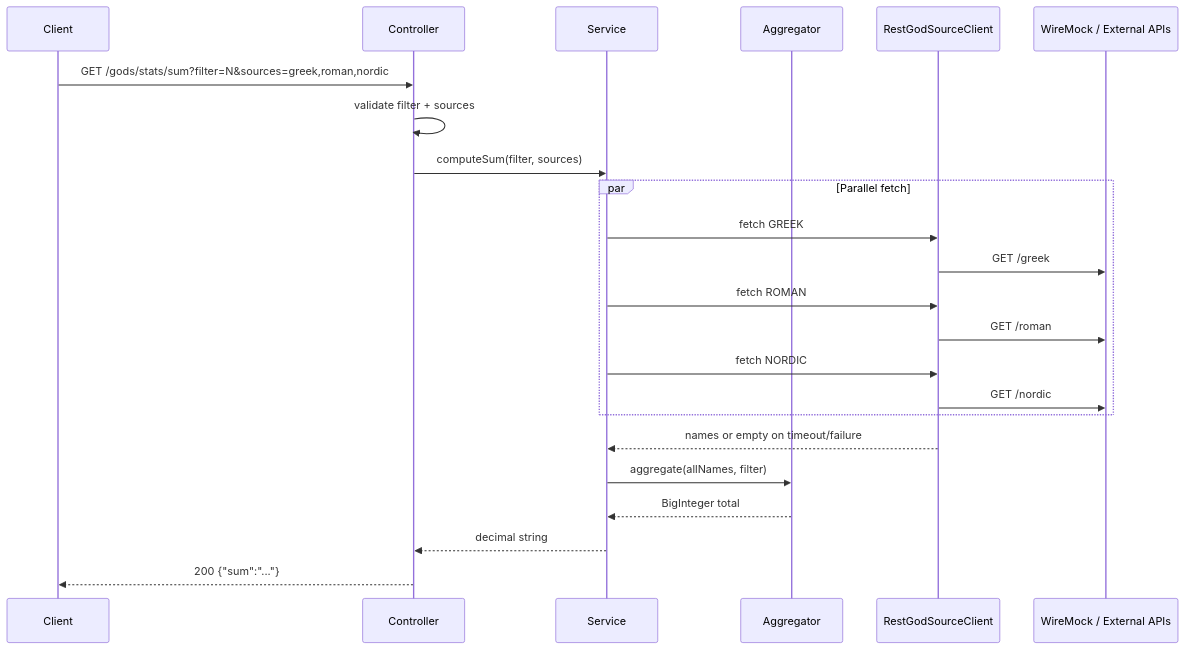
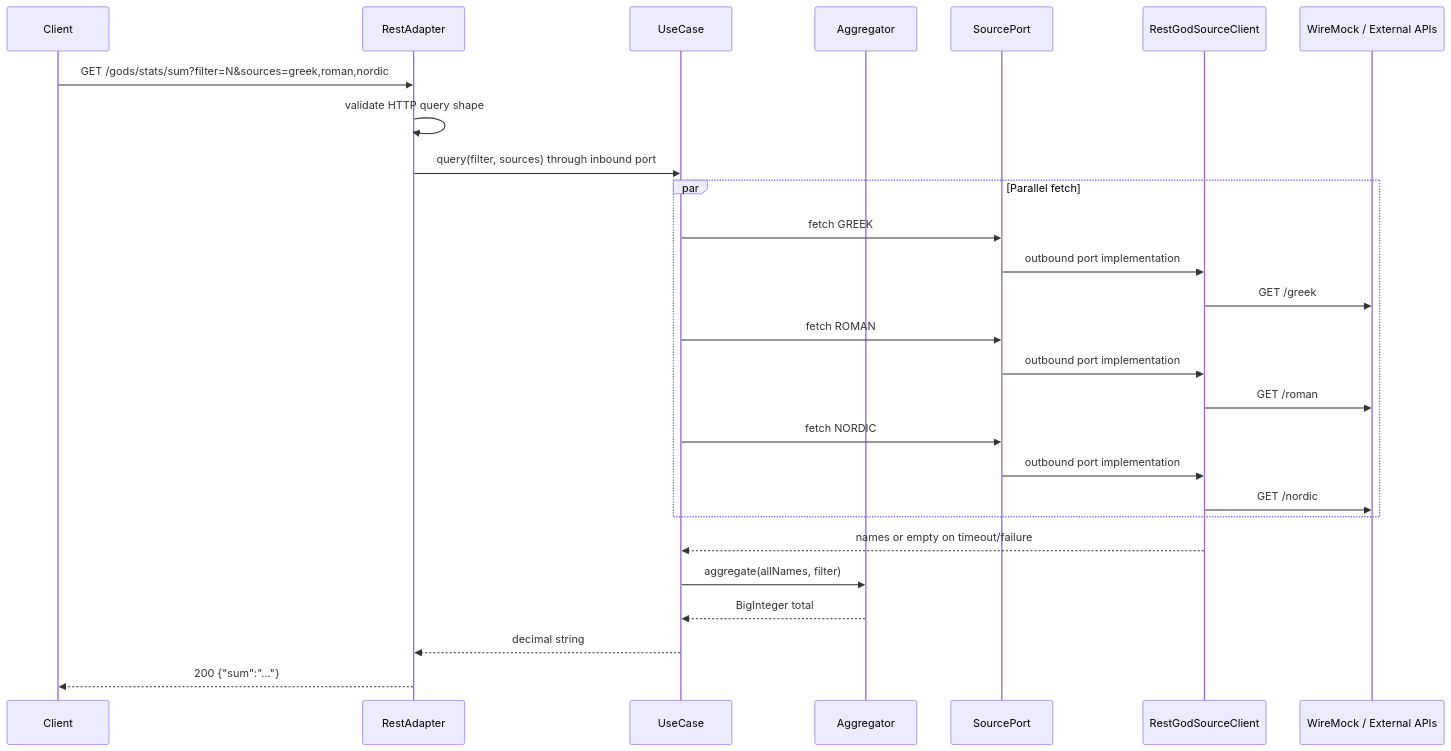
One commit to jabrena/plinth changed the diagram in benchmarks/scenario4/specs/technical-requirements/openspec/changes/add-god-analysis-api/design.md. Above: the diagram before and after it, drawn with Mermaid. The commit also changed other lines of this file and 51 other files, not shown here.

````diff
--- a/benchmarks/scenario4/specs/technical-requirements/openspec/changes/add-god-analysis-api/design.md
+++ b/benchmarks/scenario4/specs/technical-requirements/openspec/changes/add-god-analysis-api/design.md
@@ -150,26 +181,30 @@
 ```mermaid
 sequenceDiagram
     participant Client
-    participant Controller
-    participant Service
+    participant RestAdapter
+    participant UseCase
     participant Aggregator
-    participant Sources as RestGodSourceClient
+    participant SourcePort
+    participant HttpAdapter as RestGodSourceClient
     participant WM as WireMock / External APIs
 
-    Client->>Controller: GET /gods/stats/sum?filter=N&sources=greek,roman,nordic
-    Controller->>Controller: validate filter + sources
-    Controller->>Service: computeSum(filter, sources)
+    Client->>RestAdapter: GET /gods/stats/sum?filter=N&sources=greek,roman,nordic
+    RestAdapter->>RestAdapter: validate HTTP query shape
+    RestAdapter->>UseCase: query(filter, sources) through inbound port
     par Parallel fetch
-        Service->>Sources: fetch GREEK
-        Sources->>WM: GET /greek
-        Service->>Sources: fetch ROMAN
-        Sources->>WM: GET /roman
-        Service->>Sources: fetch NORDIC
-        Sources->>WM: GET /nordic
+        UseCase->>SourcePort: fetch GREEK
+        SourcePort->>HttpAdapter: outbound port implementation
+        HttpAdapter->>WM: GET /greek
+        UseCase->>SourcePort: fetch ROMAN
+        SourcePort->>HttpAdapter: outbound port implementation
+        HttpAdapter->>WM: GET /roman
+        UseCase->>SourcePort: fetch NORDIC
+        SourcePort->>HttpAdapter: outbound port implementation
+        HttpAdapter->>WM: GET /nordic
     end
-    Sources-->>Service: names or empty on timeout/failure
-    Service->>Aggregator: aggregate(allNames, filter)
-    Aggregator-->>Service: BigInteger total
-    Service-->>Controller: decimal string
-    Controller-->>Client: 200 {"sum":"..."}
+    HttpAdapter-->>UseCase: names or empty on timeout/failure
+    UseCase->>Aggregator: aggregate(allNames, filter)
+    Aggregator-->>UseCase: BigInteger total
+    UseCase-->>RestAdapter: decimal string
+    RestAdapter-->>Client: 200 {"sum":"..."}
 ```
````
